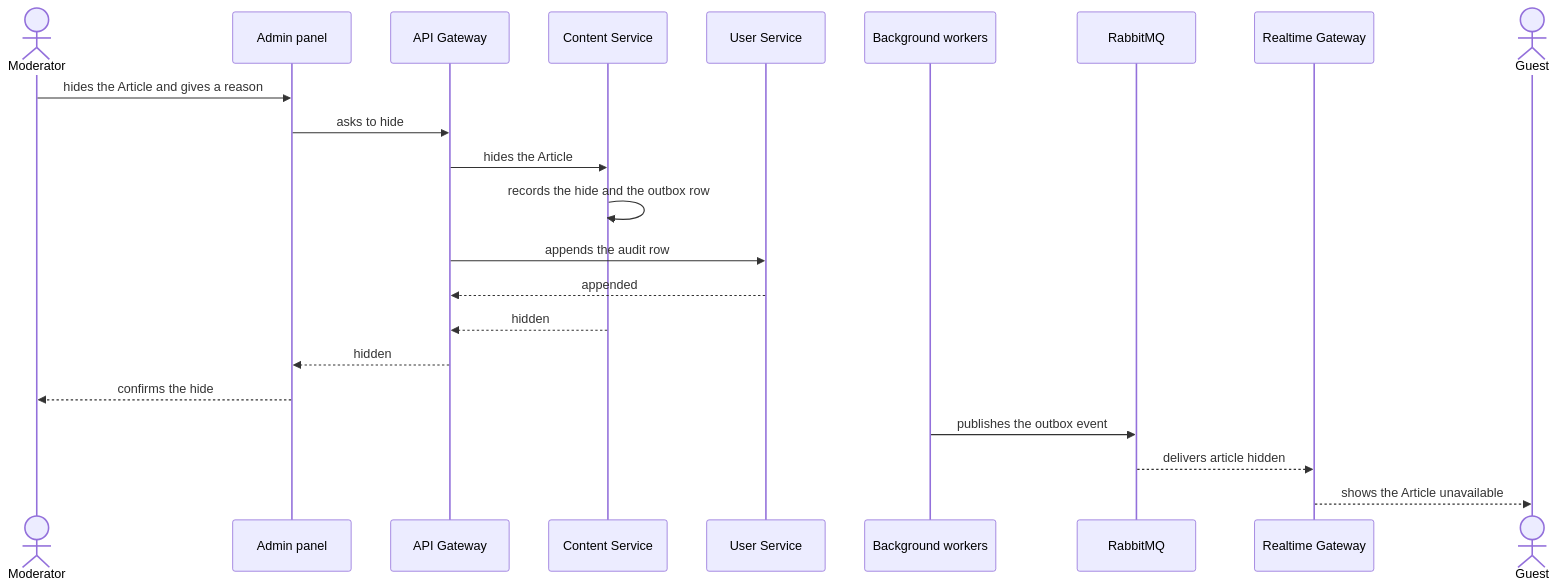
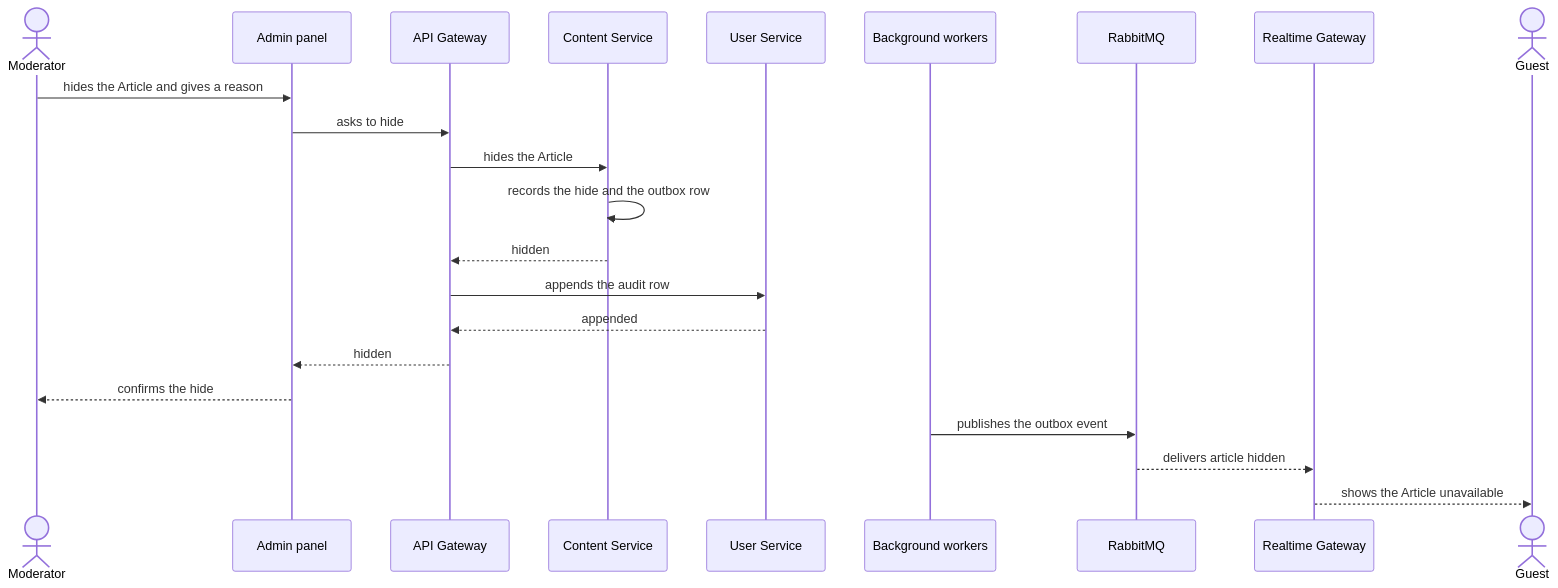
One commit to tereshin/blog changed the fourth of 5 diagrams in docs/features/blog-platform/sad.md. Above: the diagram before and after it, drawn with Mermaid. The commit also changed other lines of this file and 1 other file, not shown here.

````diff
--- a/docs/features/blog-platform/sad.md
+++ b/docs/features/blog-platform/sad.md
@@ -280,25 +282,25 @@
 ```mermaid
 sequenceDiagram
     actor Moderator
     participant Admin as Admin panel
     participant Gateway as API Gateway
     participant Content as Content Service
     participant Users as User Service
     participant Workers as Background workers
     participant Rabbit as RabbitMQ
     participant Realtime as Realtime Gateway
     actor Guest
 
     Moderator->>Admin: hides the Article and gives a reason
     Admin->>Gateway: asks to hide
     Gateway->>Content: hides the Article
     Content->>Content: records the hide and the outbox row
+    Content-->>Gateway: hidden
     Gateway->>Users: appends the audit row
     Users-->>Gateway: appended
-    Content-->>Gateway: hidden
     Gateway-->>Admin: hidden
     Admin-->>Moderator: confirms the hide
     Workers->>Rabbit: publishes the outbox event
     Rabbit-->>Realtime: delivers article hidden
     Realtime-->>Guest: shows the Article unavailable
 ```
````
